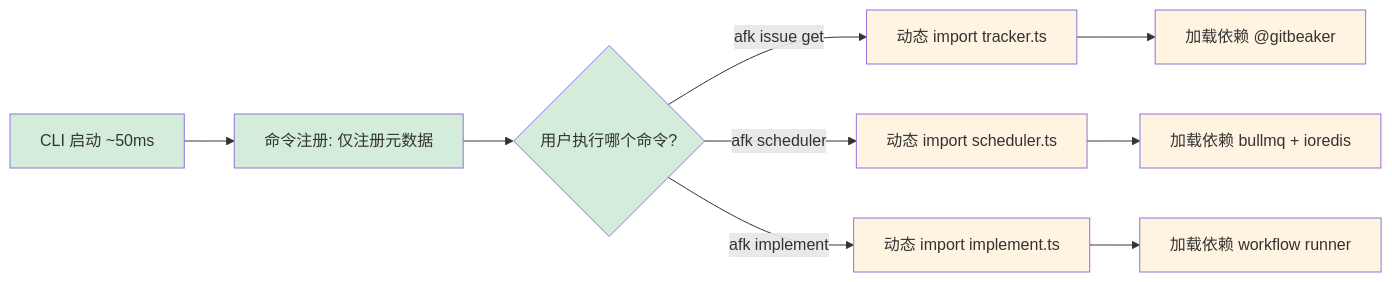
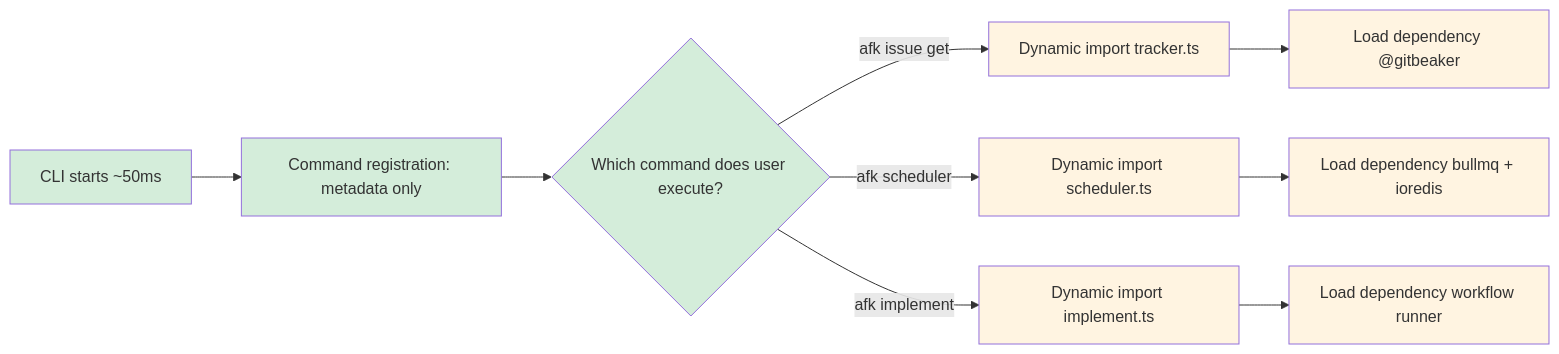
The tenth of 11 diagrams in docs/ARCHITECTURE.md (easyhaloo/afk), drawn with Mermaid before and after one commit. The commit also changed other lines of this file, not shown here.

Commit message:
docs: add English ARCHITECTURE.md

````diff
--- a/docs/ARCHITECTURE.md
+++ b/docs/ARCHITECTURE.md
@@ -568,17 +568,17 @@
 ```mermaid
 graph LR
-    A["CLI 启动 ~50ms"] --> B["命令注册: 仅注册元数据"]
-    B --> C{"用户执行哪个命令?"}
-    C -->|afk issue get| D["动态 import tracker.ts"]
-    C -->|afk scheduler| E["动态 import scheduler.ts"]
-    C -->|afk implement| F["动态 import implement.ts"]
+    A["CLI starts ~50ms"] --> B["Command registration: metadata only"]
+    B --> C{"Which command does user execute?"}
+    C -->|afk issue get| D["Dynamic import tracker.ts"]
+    C -->|afk scheduler| E["Dynamic import scheduler.ts"]
+    C -->|afk implement| F["Dynamic import implement.ts"]
 
-    D --> G["加载依赖 @gitbeaker"]
-    E --> H["加载依赖 bullmq + ioredis"]
-    F --> I["加载依赖 workflow runner"]
+    D --> G["Load dependency @gitbeaker"]
+    E --> H["Load dependency bullmq + ioredis"]
+    F --> I["Load dependency workflow runner"]
 
     classDef fast fill:#d4edda
     classDef lazy fill:#fff4e1
     class A,B,C fast
     class D,E,F,G,H,I lazy
 ```
````
